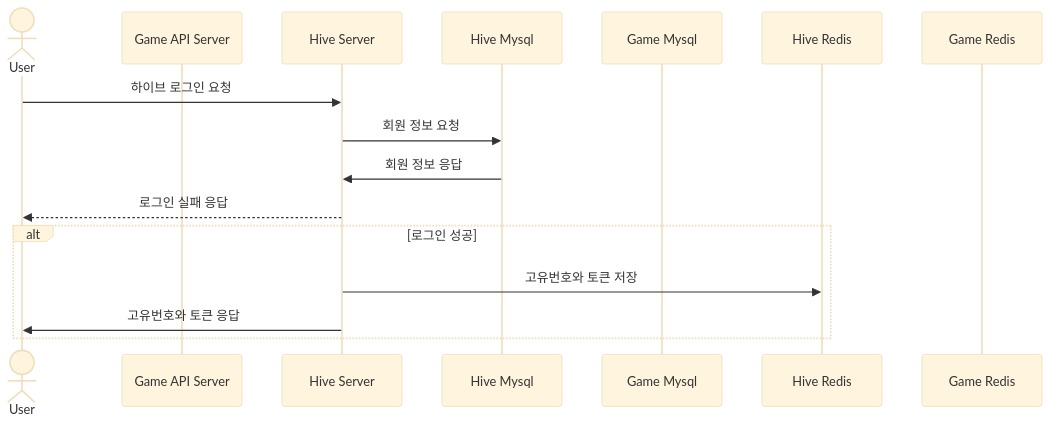
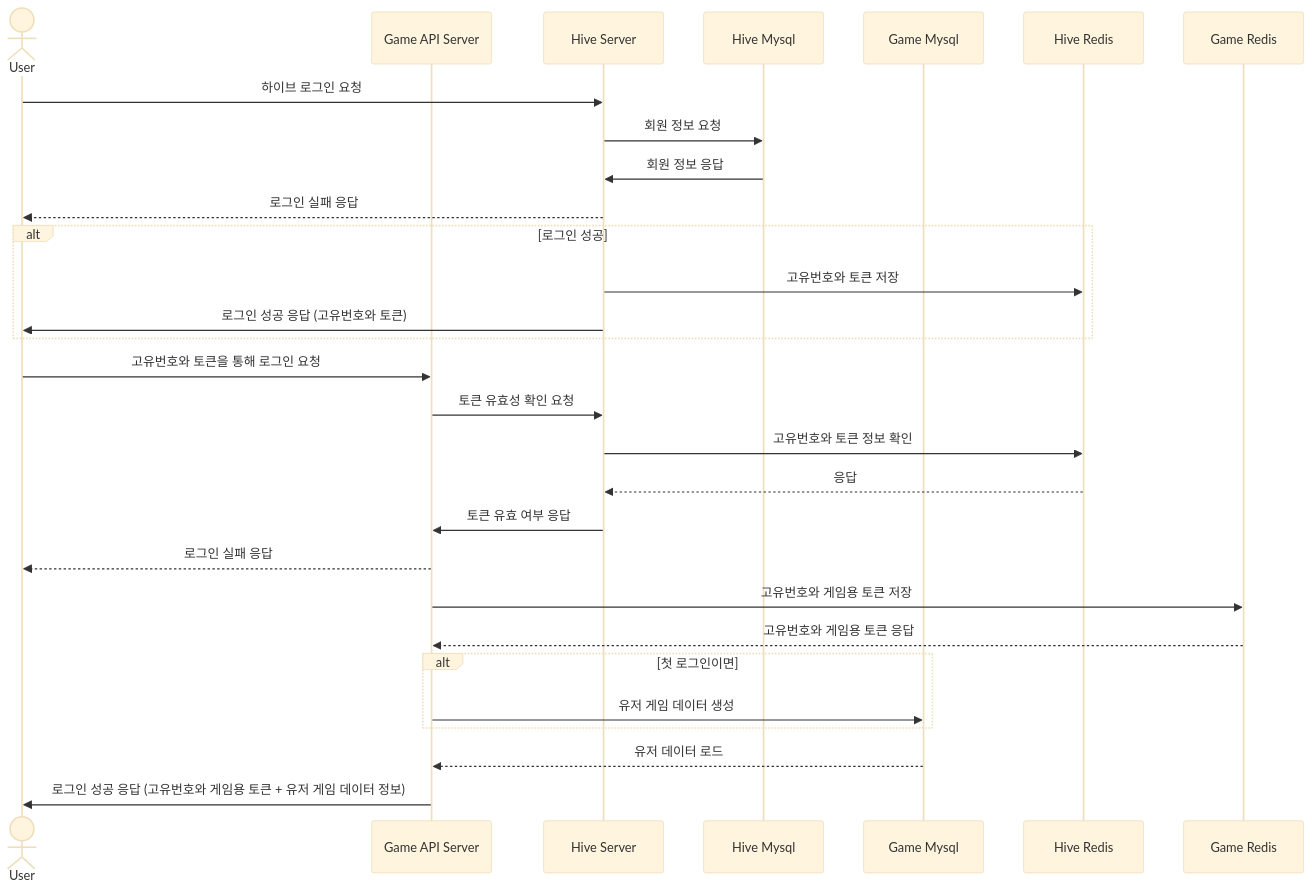
One commit to yujinS0/GameServer changed the second of 2 diagrams in SequenceDiagram.md. Above: the diagram before and after it, drawn with Mermaid (base theme).

````diff
--- a/SequenceDiagram.md
+++ b/SequenceDiagram.md
@@ -18,29 +18,46 @@
 ```mermaid
 sequenceDiagram
 	actor User
 	participant Game API Server
 	participant Hive Server
 	participant Hive Mysql
   participant Game Mysql
   participant Hive Redis
   participant Game Redis
 
 	User ->> Hive Server: 하이브 로그인 요청
   Hive Server ->> Hive Mysql : 회원 정보 요청
   Hive Mysql ->> Hive Server : 회원 정보 응답
 	Hive Server -->> User : 로그인 실패 응답
 
   alt 로그인 성공
   Hive Server ->> Hive Redis : 고유번호와 토큰 저장
-  Hive Server ->> User : 고유번호와 토큰 응답
+  Hive Server ->> User : 로그인 성공 응답 (고유번호와 토큰)
   end
 
+	User ->> Game API Server : 고유번호와 토큰을 통해 로그인 요청
+	Game API Server ->> Hive Server : 토큰 유효성 확인 요청
+	Hive Server ->> Hive Redis : 고유번호와 토큰 정보 확인
+	Hive Redis -->> Hive Server : 응답
+	Hive Server ->> Game API Server : 토큰 유효 여부 응답
 
+	Game API Server -->> User : 로그인 실패 응답
+	
+	Game API Server ->> Game Redis : 고유번호와 게임용 토큰 저장
+	Game Redis -->> Game API Server : 고유번호와 게임용 토큰 응답
+
+	alt 첫 로그인이면
+	Game API Server ->> Game Mysql : 유저 게임 데이터 생성
+	end
+	Game Mysql -->> Game API Server : 유저 데이터 로드
+
+	Game API Server ->> User : 로그인 성공 응답 (고유번호와 게임용 토큰 + 유저 게임 데이터 정보)
+	
 
 
 
 
 
 
 
 ```
````
